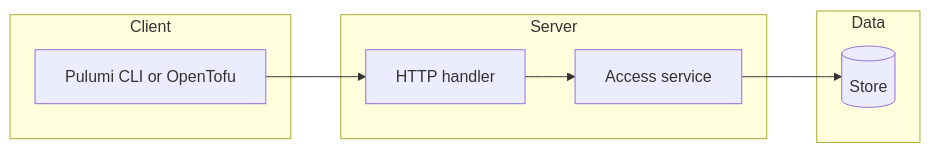
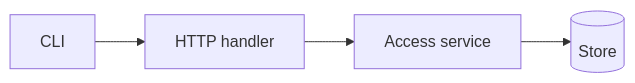
One commit to OpenDustpan/OpenDustpan changed the second of 2 diagrams in openspec/changes/planner-role/design.md. Above: the diagram before and after it, drawn with Mermaid. The commit also changed other lines of this file and 69 other files, not shown here.

````diff
--- a/openspec/changes/planner-role/design.md
+++ b/openspec/changes/planner-role/design.md
@@ -51,14 +46,4 @@
 ```mermaid
 flowchart LR
-  subgraph Client
-    CLI[Pulumi CLI or OpenTofu]
-  end
-  subgraph Server
-    H[HTTP handler]
-    S[Access service]
-  end
-  subgraph Data
-    D[(Store)]
-  end
-  CLI --> H --> S --> D
+  CLI[CLI] --> H[HTTP handler] --> S[Access service] --> D[(Store)]
 ```
````
